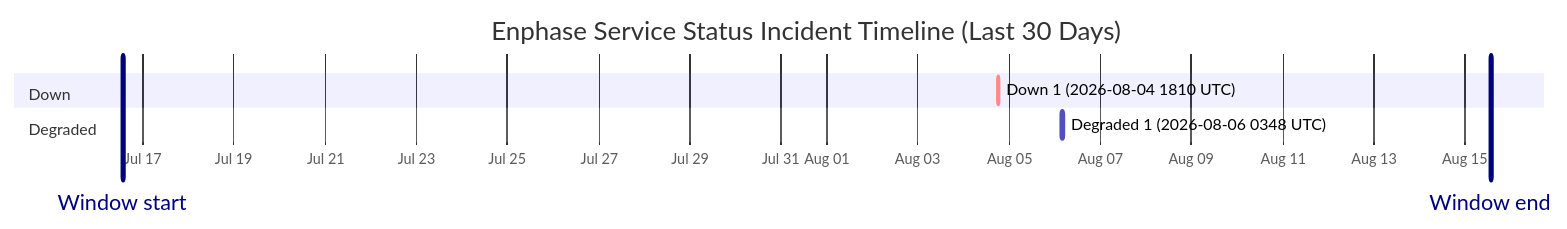
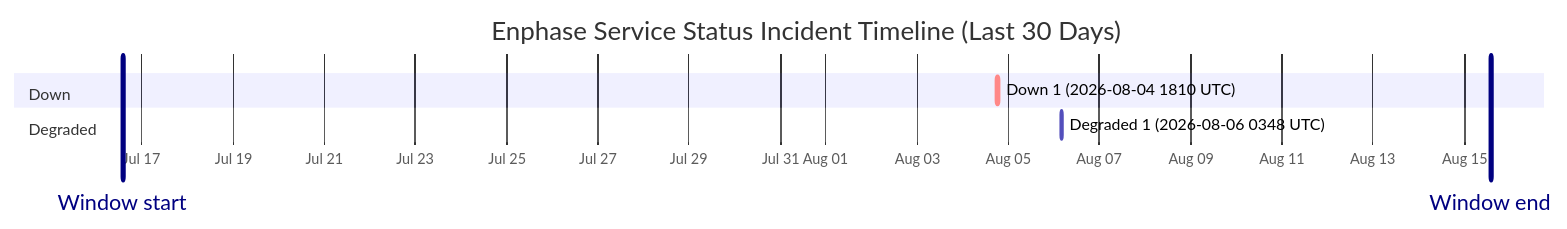
One commit to barneyonline/ha-enphase-energy changed the diagram in wiki/Service-Status-History.md. Above: the diagram before and after it, drawn with Mermaid. The commit also changed other lines of this file and 3 other files, not shown here.

````diff
--- a/wiki/Service-Status-History.md
+++ b/wiki/Service-Status-History.md
@@ -14,12 +14,12 @@
 ```mermaid
 gantt
     title Enphase Service Status Incident Timeline (Last 30 Days)
     dateFormat  YYYY-MM-DDTHH:mm:ss
     axisFormat  %b %d
-    Window start :vert, window-start, 2026-07-16T13:27:59, 0ms
-    Window end :vert, window-end, 2026-08-15T13:27:59, 0ms
+    Window start :vert, window-start, 2026-07-16T13:52:59, 0ms
+    Window end :vert, window-end, 2026-08-15T13:52:59, 0ms
     section Down
     Down 1 (2026-08-04 1810 UTC) :crit, down-1, 2026-08-04T18:10:46, 60m
     section Degraded
     Degraded 1 (2026-08-06 0348 UTC) :active, degraded-1, 2026-08-06T03:48:14, 60m
 ```
````
